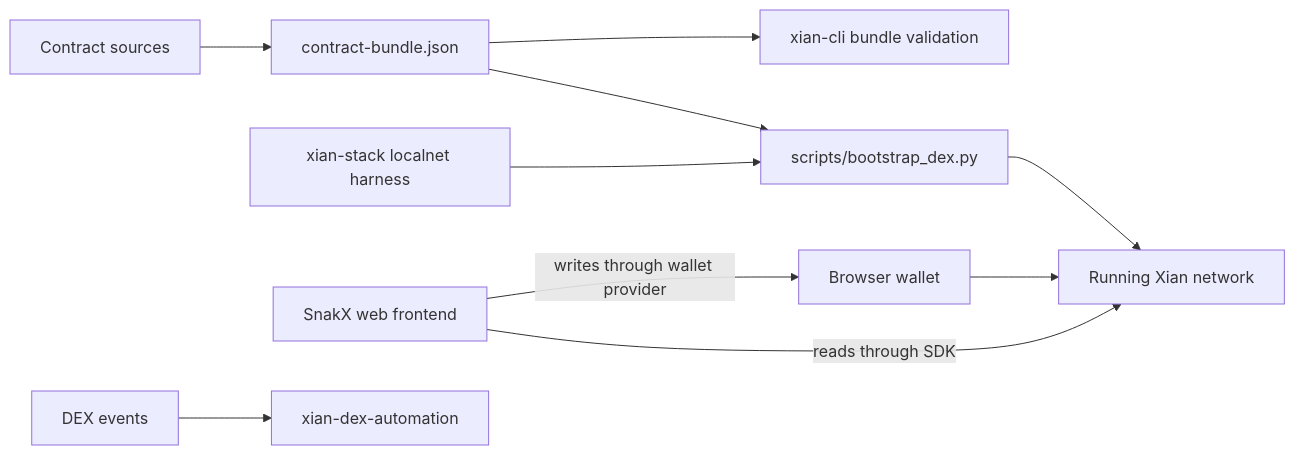
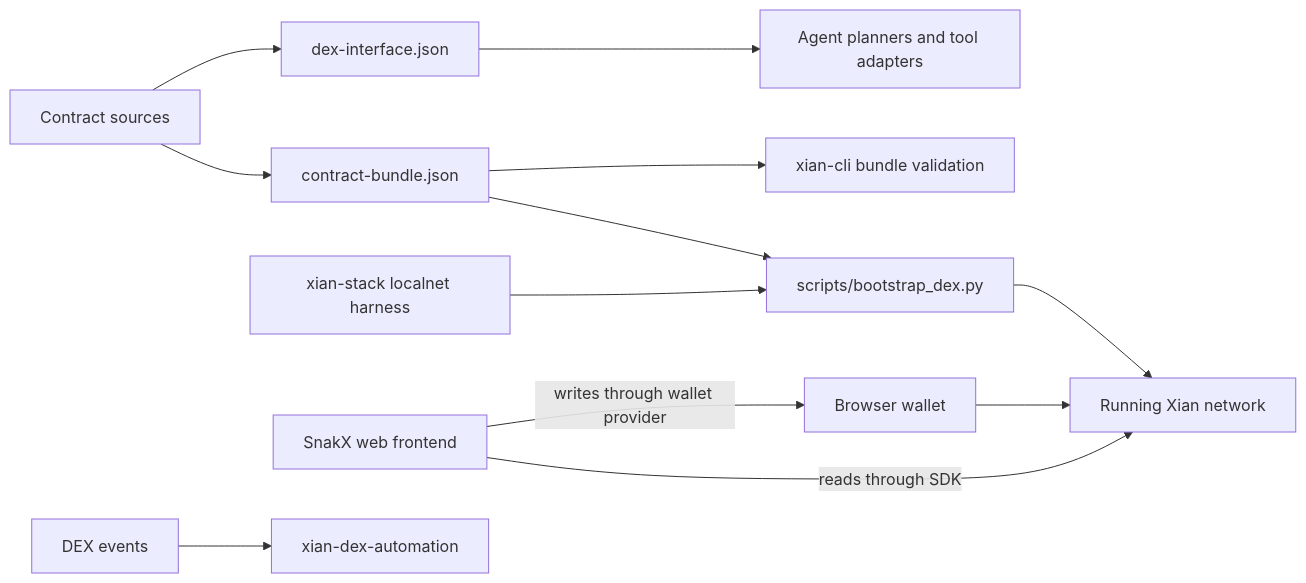
Before and after one commit to xian-technology/xian-dex: the diagram in README.md, drawn with Mermaid. The commit also changed other lines of this file and 13 other files, not shown here.

Commit message:
Add agent-ready DEX interface and shared planner

````diff
--- a/README.md
+++ b/README.md
@@ -15,12 +15,14 @@
 ```mermaid
 flowchart LR
   Source["Contract sources"] --> Bundle["contract-bundle.json"]
+  Source --> Interface["dex-interface.json"]
   Bundle --> Bootstrap["scripts/bootstrap_dex.py"]
   Bundle --> CLI["xian-cli bundle validation"]
+  Interface --> Agents["Agent planners and tool adapters"]
   Bootstrap --> Chain["Running Xian network"]
   Stack["xian-stack localnet harness"] --> Bootstrap
   Web["SnakX web frontend"] -->|reads through SDK| Chain
   Web -->|writes through wallet provider| Wallet["Browser wallet"]
   Wallet --> Chain
   Events["DEX events"] --> Automation["xian-dex-automation"]
 ```
````
